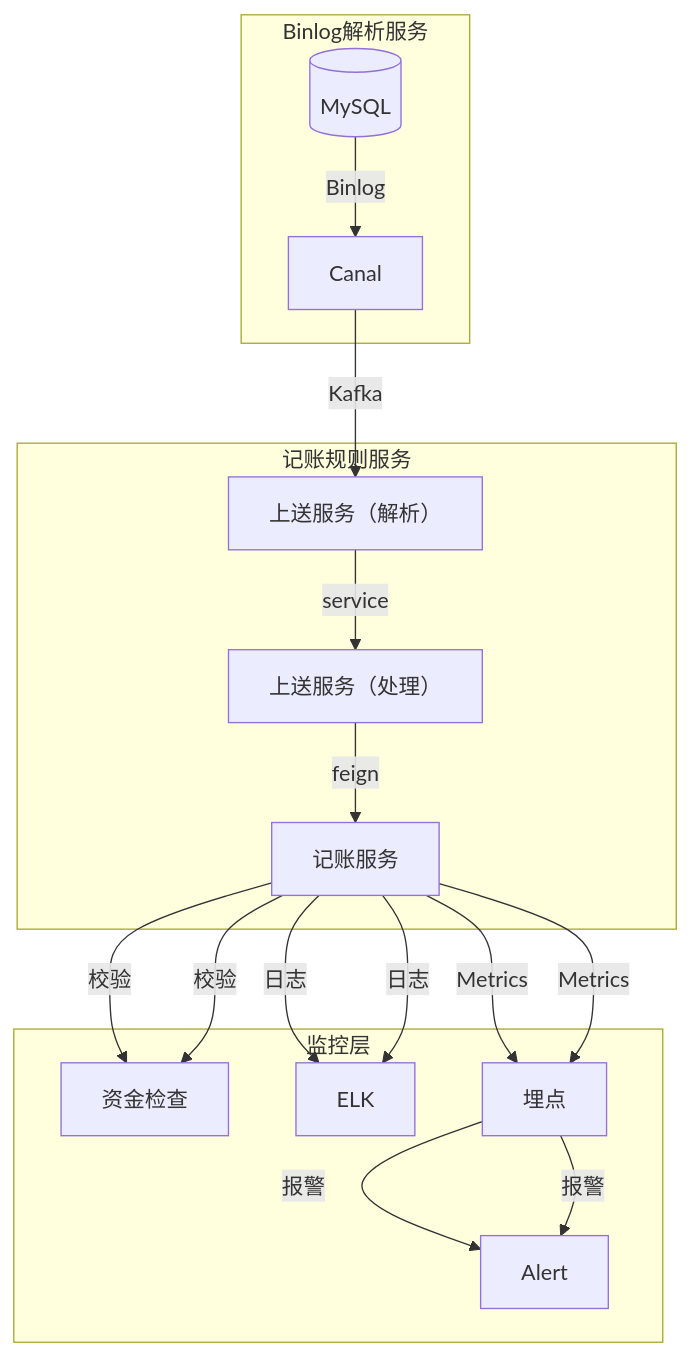
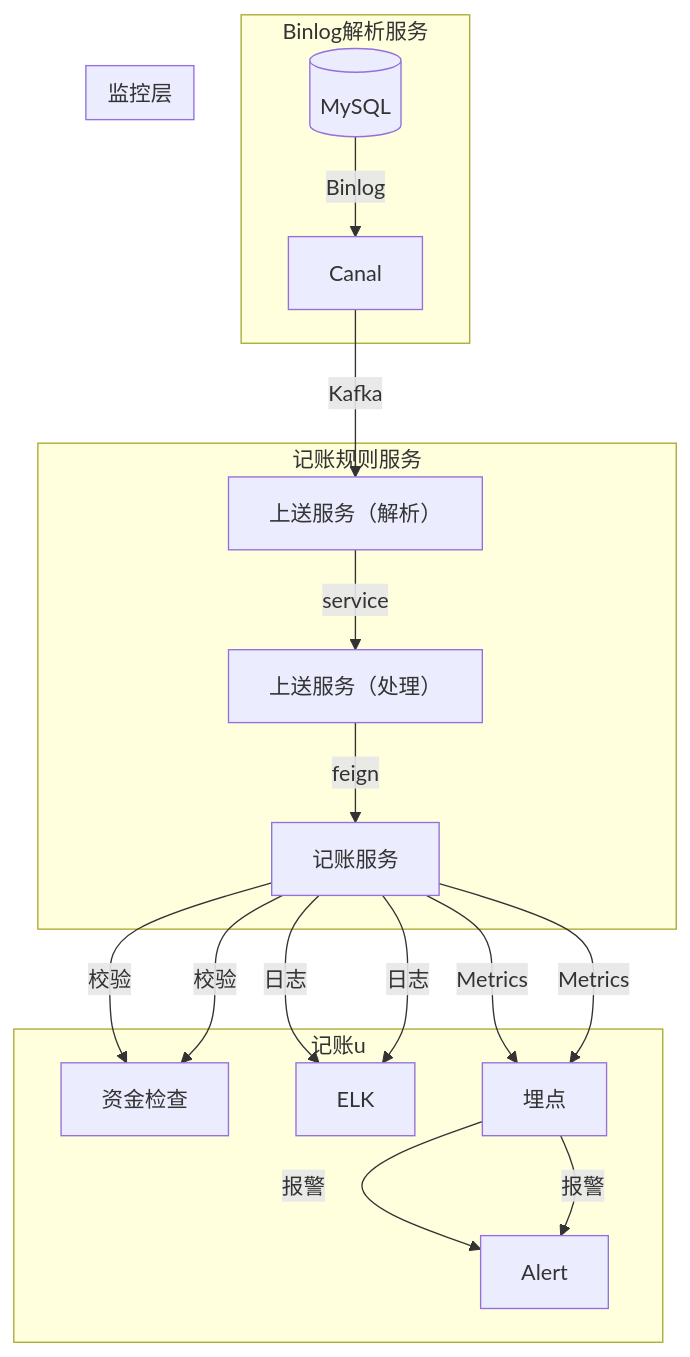
Before and after one commit to 87828943/iodraw-files: the diagram in all/记账架构图.md, drawn with Mermaid.

Commit message:
2025-07-07 14:37:17 update

````diff
--- a/all/记账架构图.md
+++ b/all/记账架构图.md
@@ -1,23 +1,23 @@
 ```mermaid
 graph TB
     subgraph Binlog解析服务
         DB[(MySQL)] -->|Binlog| Canal
     end
     subgraph 记账规则服务
         Canal -->|Kafka| Parser[上送服务（解析）]
         Parser -->|service| Engine[上送服务（处理）]
         Engine -->|feign| Accounting[记账服务]
     end
-    subgraph 监控层
+    subgraph 记账u
         Accounting --> |校验| 资金检查
         Accounting -->|日志| ELK
         Accounting -->|Metrics| 埋点
         埋点 -->|报警| Alert
     end
     subgraph 监控层
         Accounting --> |校验| 资金检查
         Accounting -->|日志| ELK
         Accounting -->|Metrics| 埋点
         埋点 -->|报警| Alert
     end
 ```
````
